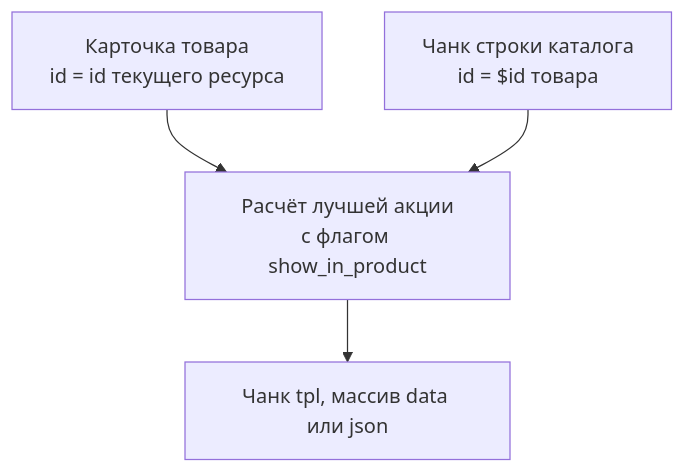
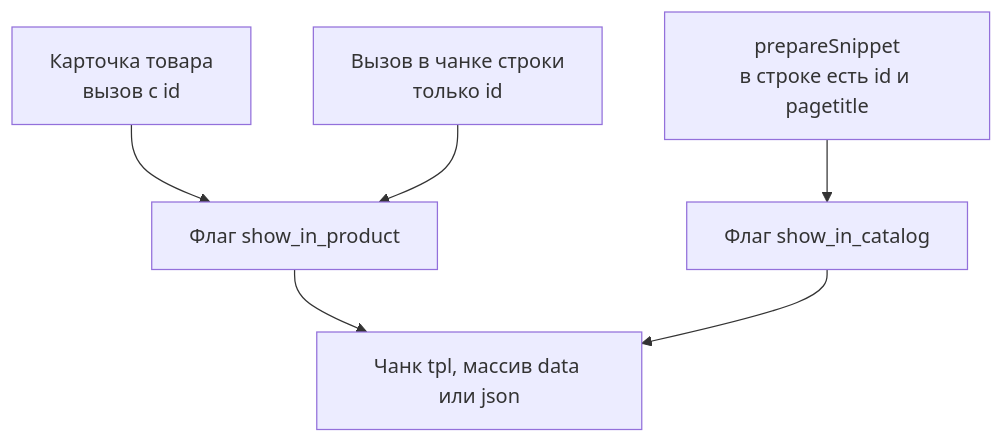
Before and after one commit to modx-pro/Docs: the diagram in docs/components/ms3discounts/snippets/ms3discountsGetDiscount.md, drawn with Mermaid. The commit also changed other lines of this file and 22 other files, not shown here.

````diff
--- a/docs/components/ms3discounts/snippets/ms3discountsGetDiscount.md
+++ b/docs/components/ms3discounts/snippets/ms3discountsGetDiscount.md
@@ -12,6 +12,8 @@
 ```mermaid
 flowchart TD
-  Card["Карточка товара<br>id = id текущего ресурса"] --> Engine["Расчёт лучшей акции<br>с флагом show_in_product"]
-  Row["Чанк строки каталога<br>id = $id товара"] --> Engine
-  Engine --> Out["Чанк tpl, массив data или json"]
+  Card["Карточка товара<br>вызов с id"] --> Product["Флаг show_in_product"]
+  Chunk["Вызов в чанке строки<br>только id"] --> Product
+  Prepare["prepareSnippet<br>в строке есть id и pagetitle"] --> Catalog["Флаг show_in_catalog"]
+  Product --> Out["Чанк tpl, массив data или json"]
+  Catalog --> Out
 ```
````
